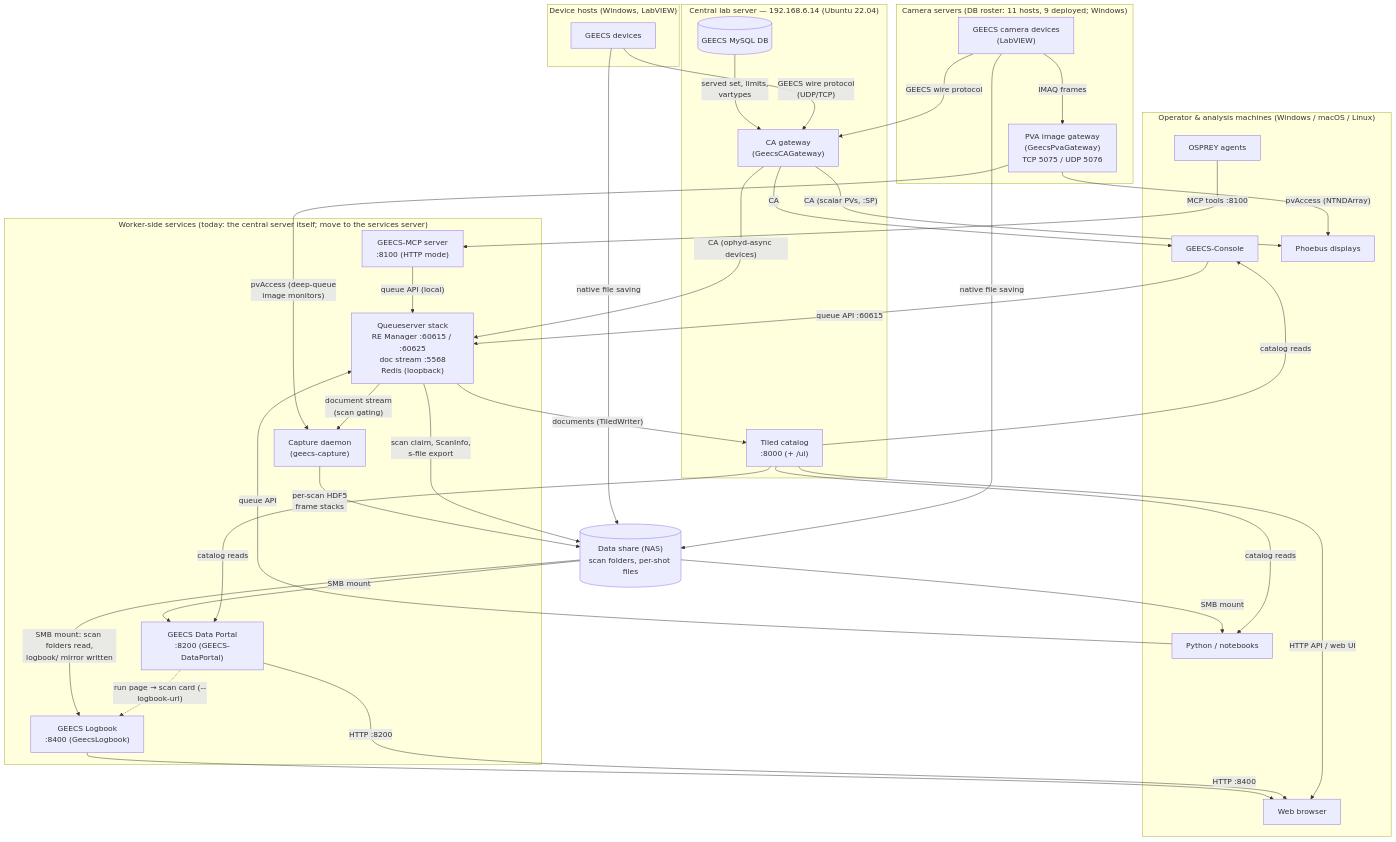
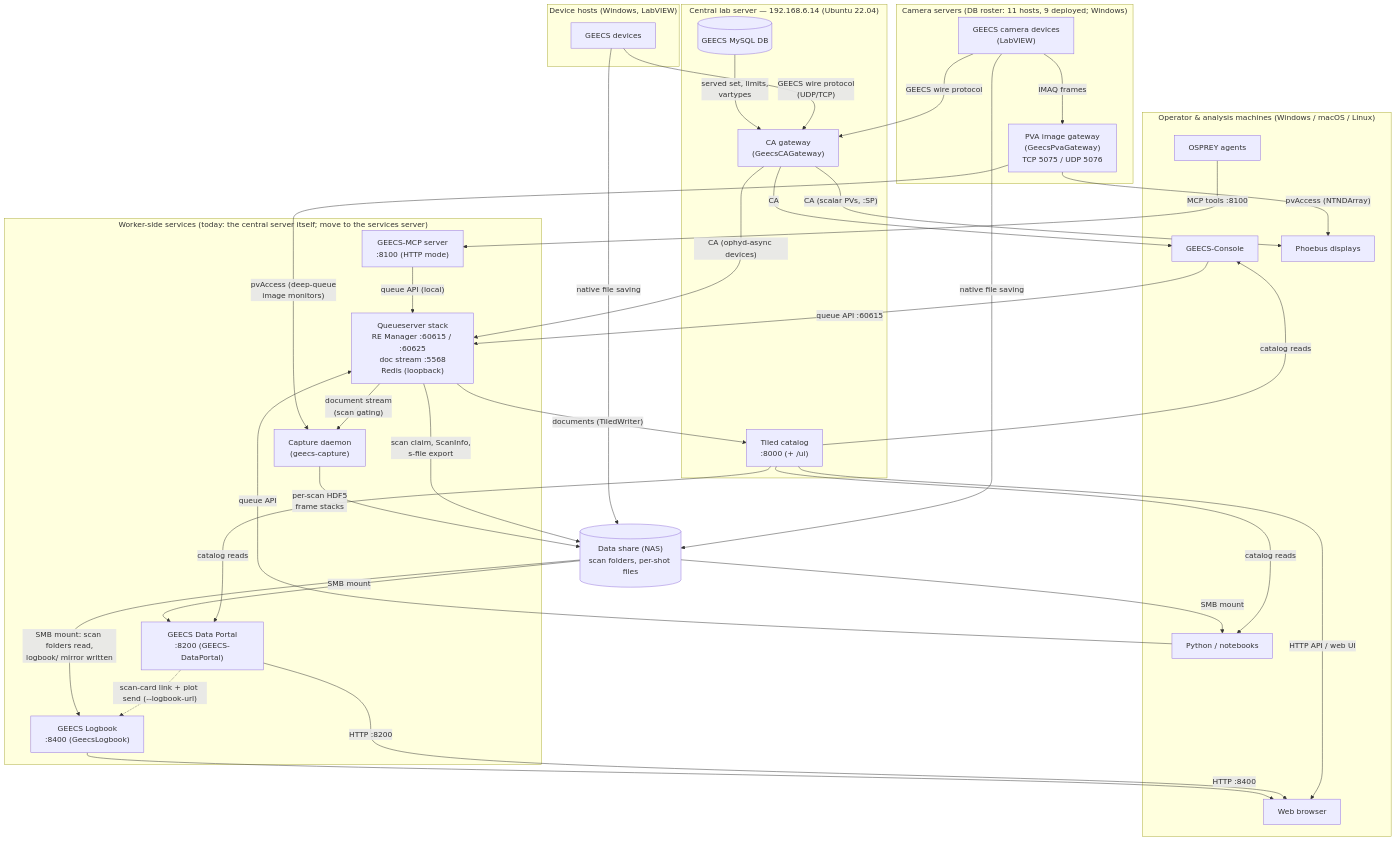
Before and after one commit to GEECS-BELLA/GEECS-Plugins: the diagram in docs/platform/fleet_map.md, drawn with Mermaid. The commit also changed other lines of this file and 8 other files, not shown here.

````diff
--- a/docs/platform/fleet_map.md
+++ b/docs/platform/fleet_map.md
@@ -49,69 +49,69 @@
 ```mermaid
 flowchart TB
     subgraph clients["Operator & analysis machines (Windows / macOS / Linux)"]
         console["GEECS-Console"]
         phoebus["Phoebus displays"]
         nb["Python / notebooks"]
         osprey["OSPREY agents"]
         browser["Web browser"]
     end
 
     subgraph central["Central lab server — 192.168.6.14 (Ubuntu 22.04)"]
         cagw["CA gateway<br/>(GeecsCAGateway)"]
         tiled["Tiled catalog<br/>:8000 (+ /ui)"]
         db[("GEECS MySQL DB")]
     end
 
     subgraph worker["Worker-side services (today: the central server itself; move to the services server)"]
         qs["Queueserver stack<br/>RE Manager :60615 / :60625<br/>doc stream :5568<br/>Redis (loopback)"]
         mcp["GEECS-MCP server<br/>:8100 (HTTP mode)"]
         capture["Capture daemon<br/>(geecs-capture)"]
         portal["GEECS Data Portal<br/>:8200 (GEECS-DataPortal)"]
         logbook["GEECS Logbook<br/>:8400 (GeecsLogbook)"]
     end
 
     subgraph camsrv["Camera servers (DB roster: 11 hosts, 9 deployed; Windows)"]
         cams["GEECS camera devices<br/>(LabVIEW)"]
         pvagw["PVA image gateway<br/>(GeecsPvaGateway)<br/>TCP 5075 / UDP 5076"]
     end
 
     subgraph devhosts["Device hosts (Windows, LabVIEW)"]
         devs["GEECS devices"]
     end
 
     nas[("Data share (NAS)<br/>scan folders, per-shot files")]
 
     devs -- "GEECS wire protocol<br/>(UDP/TCP)" --> cagw
     cams -- "GEECS wire protocol" --> cagw
     cams -- "IMAQ frames" --> pvagw
     db -- "served set, limits,<br/>vartypes" --> cagw
 
     cagw -- "CA (scalar PVs, :SP)" --> phoebus
     cagw -- "CA" --> console
     cagw -- "CA (ophyd-async devices)" --> qs
     pvagw -- "pvAccess (NTNDArray)" --> phoebus
 
     console -- "queue API :60615" --> qs
     nb -- "queue API" --> qs
     osprey -- "MCP tools :8100" --> mcp
     mcp -- "queue API (local)" --> qs
 
     qs -- "documents (TiledWriter)" --> tiled
     qs -- "scan claim, ScanInfo,<br/>s-file export" --> nas
     qs -- "document stream<br/>(scan gating)" --> capture
     pvagw -- "pvAccess (deep-queue<br/>image monitors)" --> capture
     capture -- "per-scan HDF5<br/>frame stacks" --> nas
     cams -- "native file saving" --> nas
     devs -- "native file saving" --> nas
 
     tiled -- "HTTP API / web UI" --> browser
     tiled -- "catalog reads" --> console
     tiled -- "catalog reads" --> nb
     tiled -- "catalog reads" --> portal
     nas -- "SMB mount" --> portal
     portal -- "HTTP :8200" --> browser
-    portal -. "run page → scan card (--logbook-url)" .-> logbook
+    portal -. "scan-card link + plot send (--logbook-url)" .-> logbook
     nas -- "SMB mount: scan folders read,<br/>logbook/ mirror written" --> logbook
     logbook -- "HTTP :8400" --> browser
     nas -- "SMB mount" --> nb
 ```
````
